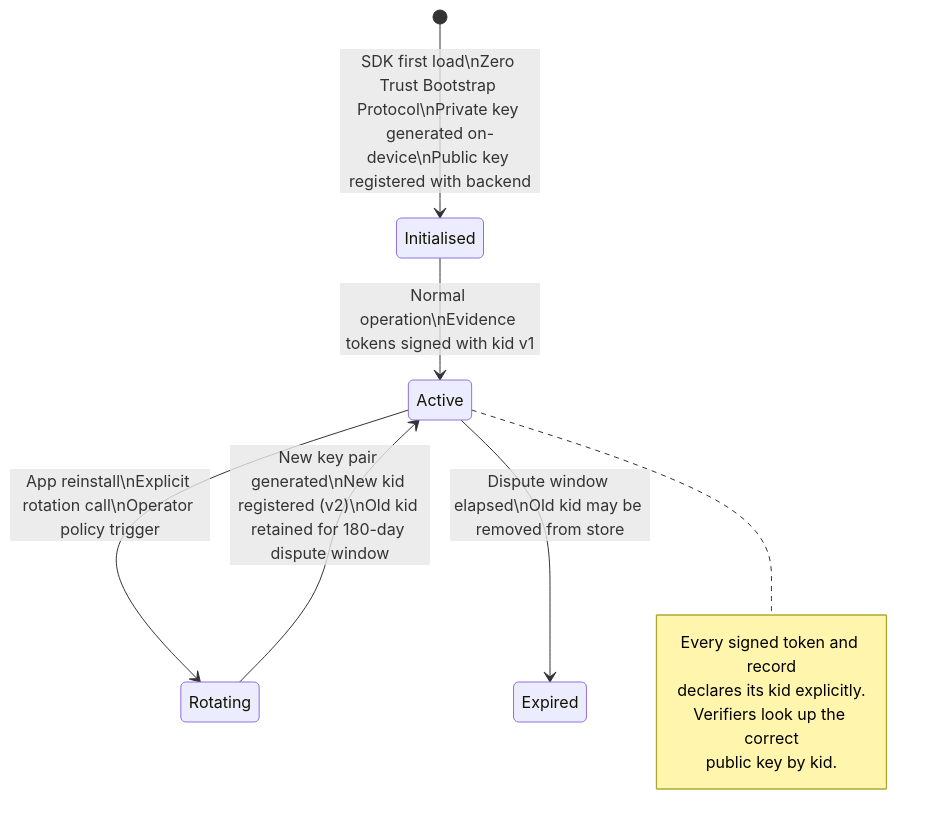
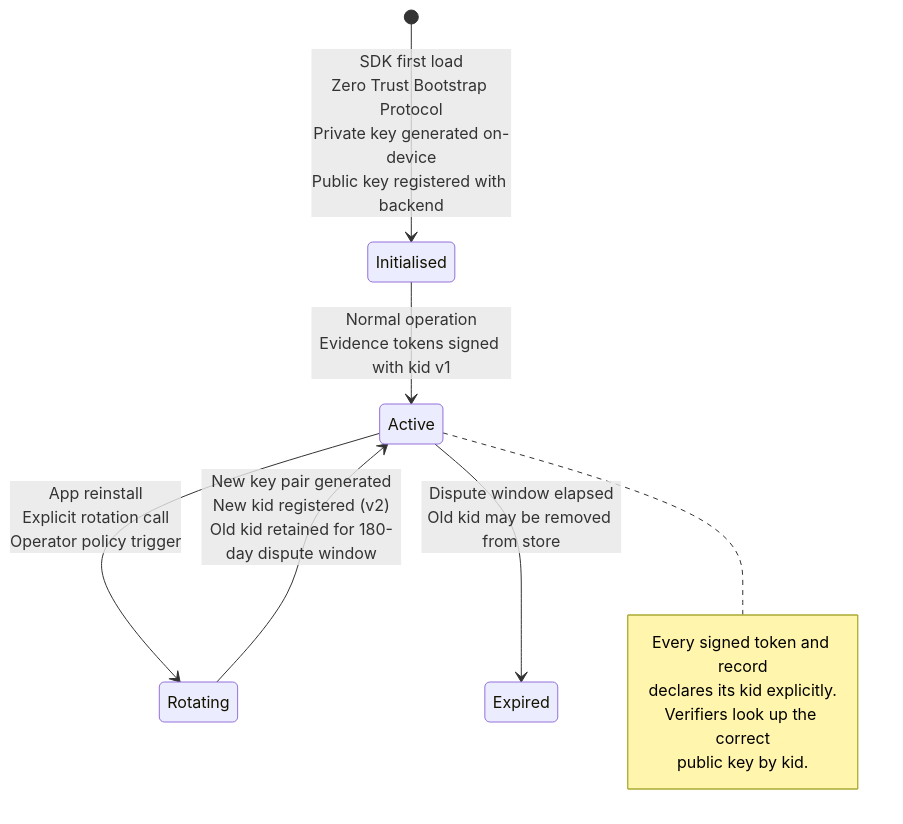
The fifth of 7 diagrams in README.md (Yinkoshield/yinkoshield-eei-spec), drawn with Mermaid before and after one commit. The commit also changed other lines of this file, not shown here.

Commit message:
Fixing Overview description. Fixing Typo in mermaid graph

````diff
--- a/README.md
+++ b/README.md
@@ -178,19 +184,19 @@
 ```mermaid
 stateDiagram-v2
-    [*] --> Initialised : SDK first load\nZero Trust Bootstrap Protocol\nPrivate key generated on-device\nPublic key registered with backend
+    [*] --> Initialised : SDK first load<br/>Zero Trust Bootstrap Protocol<br/>Private key generated on-device<br/>Public key registered with backend
 
-    Initialised --> Active : Normal operation\nEvidence tokens signed with kid v1
+    Initialised --> Active : Normal operation<br/>Evidence tokens signed with kid v1
 
-    Active --> Rotating : App reinstall\nExplicit rotation call\nOperator policy trigger
+    Active --> Rotating : App reinstall<br/>Explicit rotation call<br/>Operator policy trigger
 
-    Rotating --> Active : New key pair generated\nNew kid registered (v2)\nOld kid retained for 180-day dispute window
+    Rotating --> Active : New key pair generated<br/>New kid registered (v2)<br/>Old kid retained for 180-day dispute window
 
-    Active --> Expired : Dispute window elapsed\nOld kid may be removed from store
+    Active --> Expired : Dispute window elapsed<br/>Old kid may be removed from store
 
     note right of Active
         Every signed token and record
         declares its kid explicitly.
         Verifiers look up the correct
         public key by kid.
     end note
 ```
````
